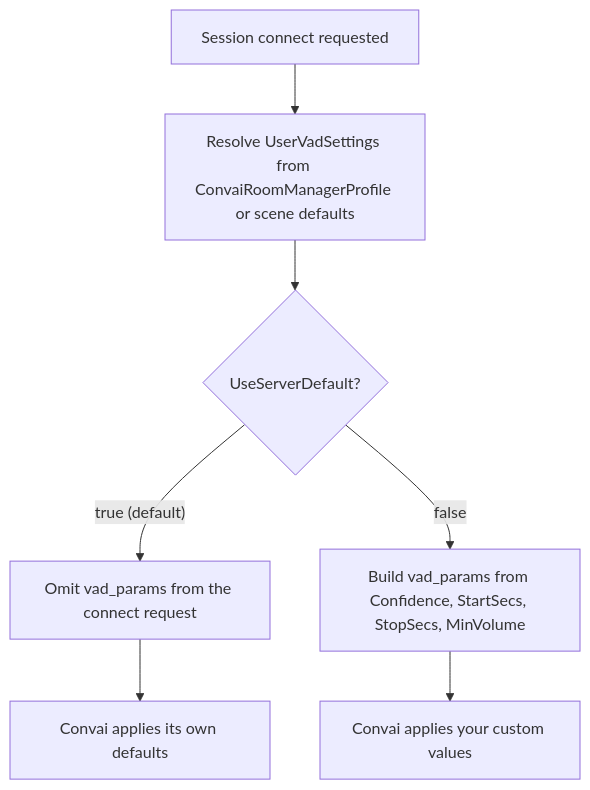
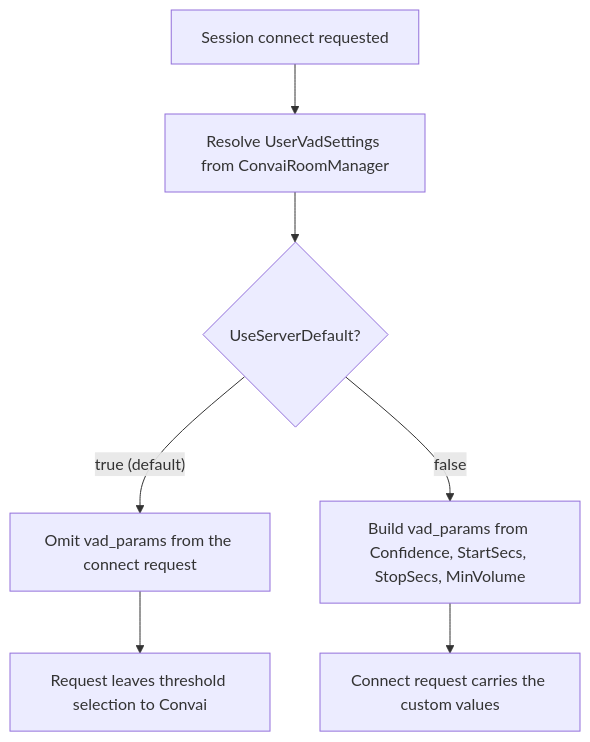
The diagram in plugins-and-integrations/convai-unity-sdk/core-concepts/voice-activity-detection.md (Conv-AI/Convai-Documentation), drawn with Mermaid before and after one commit. The commit also changed other lines of this file and 315 other files, not shown here.

````diff
--- a/plugins-and-integrations/convai-unity-sdk/core-concepts/voice-activity-detection.md
+++ b/plugins-and-integrations/convai-unity-sdk/core-concepts/voice-activity-detection.md
@@ -39,9 +39,9 @@
 ```mermaid
 graph TD
-    A["Session connect requested"] --> B["Resolve UserVadSettings from ConvaiRoomManagerProfile or scene defaults"]
+    A["Session connect requested"] --> B["Resolve UserVadSettings from ConvaiRoomManager"]
     B --> C{"UseServerDefault?"}
     C -->|"true (default)"| D["Omit vad_params from the connect request"]
     C -->|"false"| E["Build vad_params from Confidence, StartSecs, StopSecs, MinVolume"]
-    D --> F["Convai applies its own defaults"]
-    E --> G["Convai applies your custom values"]
+    D --> F["Request leaves threshold selection to Convai"]
+    E --> G["Connect request carries the custom values"]
 ```
````
